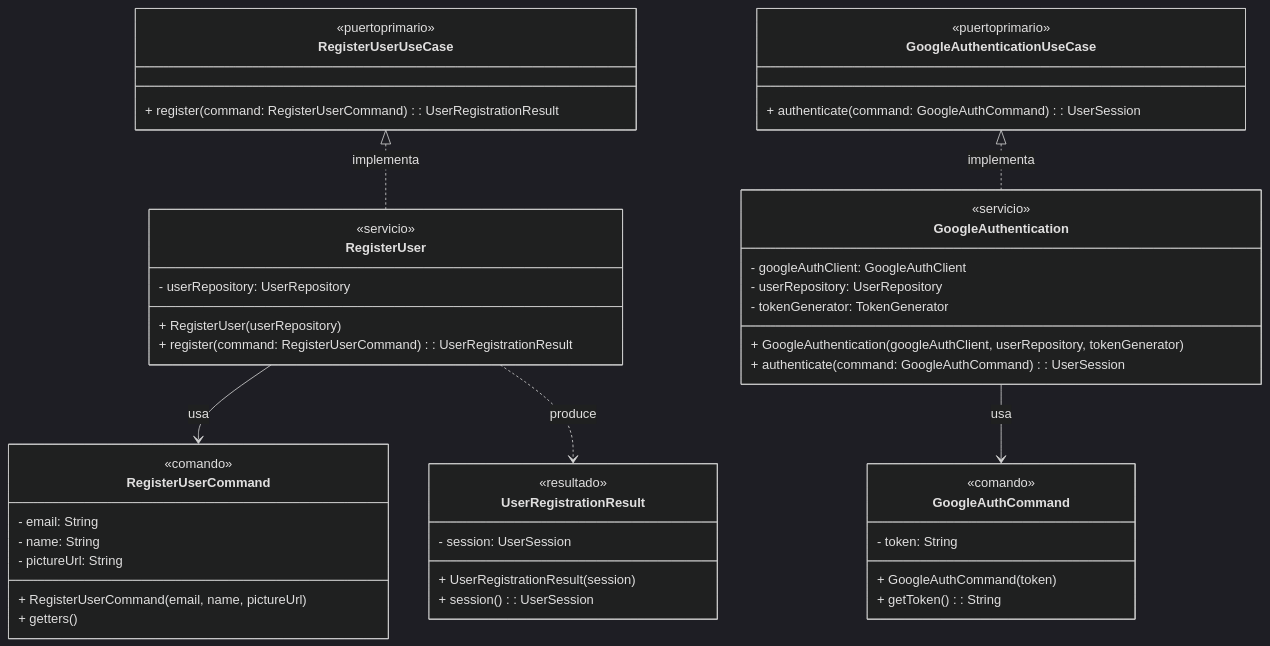
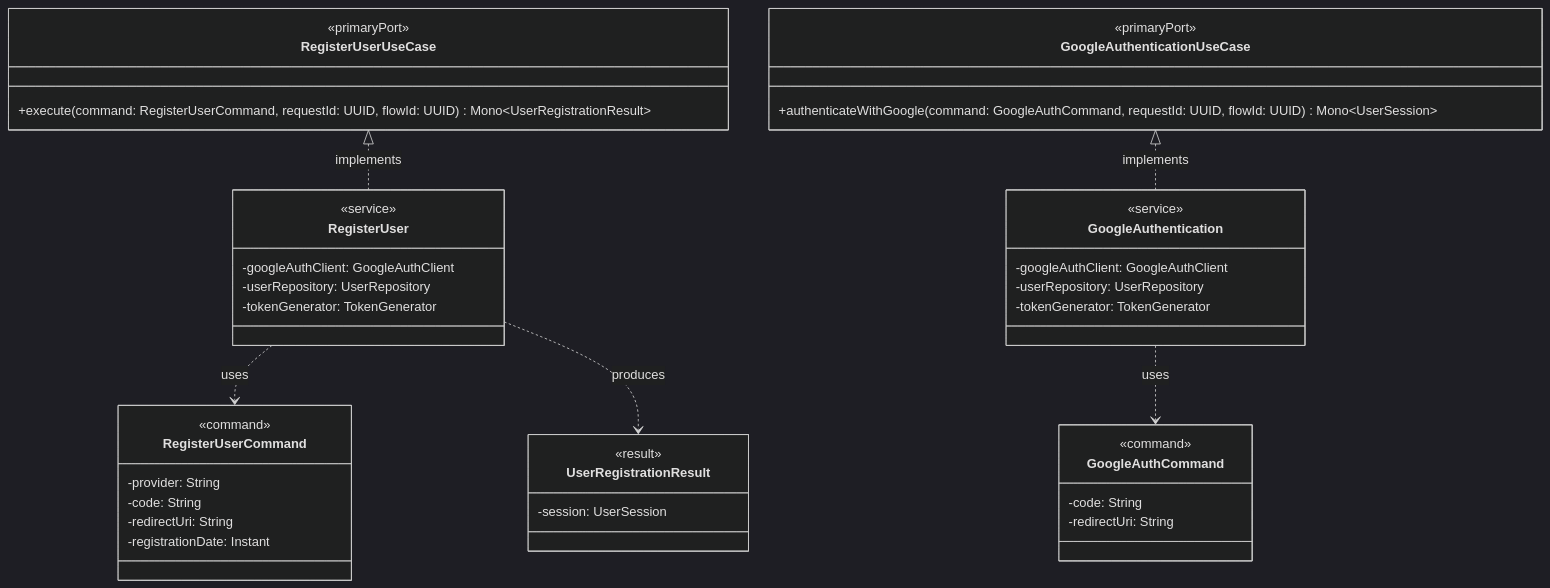
One commit to karepanda/myvanitys-api changed the diagram in doc/classDiagramAuth/ClassDiagramUmlAuthApplication.mermaid. Above: the diagram before and after it, drawn with Mermaid (dark theme). The commit also changed 21 other files, not shown here.

Commit message:
Remove `CommandToProductMapper` and related test; delete unused `FindProductUseCase` port; update documentation with new sequence diagrams and contributor guides.

```diff
--- a/doc/classDiagramAuth/ClassDiagramUmlAuthApplication.mermaid
+++ b/doc/classDiagramAuth/ClassDiagramUmlAuthApplication.mermaid
@@ -1,62 +1,56 @@
 classDiagram
-    %% Puertos Primarios (Interfaces de entrada)
+    %% Primary ports and application services for the auth context.
+    %% NAMING NOTE: auth keeps use cases in application.service and commands in
+    %% application.port.primary.command; product uses application.usecase + application.command.
+
     class RegisterUserUseCase {
-        <<puertoprimario>>
-        + register(command: RegisterUserCommand): UserRegistrationResult
-    }
-    
-    class GoogleAuthenticationUseCase {
-        <<puertoprimario>>
-        + authenticate(command: GoogleAuthCommand): UserSession
-    }
-    
-    %% Comandos (Objetos de transferencia de datos para casos de uso)
-    class RegisterUserCommand {
-        <<comando>>
-        - email: String
-        - name: String
-        - pictureUrl: String
-        + RegisterUserCommand(email, name, pictureUrl)
-        + getters()
-    }
-    
-    class GoogleAuthCommand {
-        <<comando>>
-        - token: String
-        + GoogleAuthCommand(token)
-        + getToken(): String
-    }
-    
-    %% Resultados de operaciones
-    class UserRegistrationResult {
-        <<resultado>>
-        - session: UserSession
-        + UserRegistrationResult(session)
-        + session(): UserSession
-    }
-    
-    %% Servicios (Implementaciones de los puertos primarios)
-    class GoogleAuthentication {
-        <<servicio>>
-        - googleAuthClient: GoogleAuthClient
-        - userRepository: UserRepository
-        - tokenGenerator: TokenGenerator
-        + GoogleAuthentication(googleAuthClient, userRepository, tokenGenerator)
-        + authenticate(command: GoogleAuthCommand): UserSession
-    }
-    
-    class RegisterUser {
-        <<servicio>>
-        - userRepository: UserRepository
-        + RegisterUser(userRepository)
-        + register(command: RegisterUserCommand): UserRegistrationResult
+        <<primaryPort>>
+        +execute(command: RegisterUserCommand, requestId: UUID, flowId: UUID) Mono~UserRegistrationResult~
     }
 
-    %% Relaciones entre clases
-    RegisterUserUseCase <|.. RegisterUser : implementa
-    GoogleAuthenticationUseCase <|.. GoogleAuthentication : implementa
-    
-    RegisterUser --> RegisterUserCommand : usa
-    GoogleAuthentication --> GoogleAuthCommand : usa
-    
-    RegisterUser ..> UserRegistrationResult : produce
+    class GoogleAuthenticationUseCase {
+        <<primaryPort>>
+        +authenticateWithGoogle(command: GoogleAuthCommand, requestId: UUID, flowId: UUID) Mono~UserSession~
+    }
+
+    class RegisterUserCommand {
+        <<command>>
+        -provider: String
+        -code: String
+        -redirectUri: String
+        -registrationDate: Instant
+    }
+
+    class GoogleAuthCommand {
+        <<command>>
+        -code: String
+        -redirectUri: String
+    }
+
+    class UserRegistrationResult {
+        <<result>>
+        -session: UserSession
+    }
+
+    class RegisterUser {
+        <<service>>
+        -googleAuthClient: GoogleAuthClient
+        -userRepository: UserRepository
+        -tokenGenerator: TokenGenerator
+    }
+
+    class GoogleAuthentication {
+        <<service>>
+        -googleAuthClient: GoogleAuthClient
+        -userRepository: UserRepository
+        -tokenGenerator: TokenGenerator
+    }
+
+    RegisterUserUseCase <|.. RegisterUser : implements
+    GoogleAuthenticationUseCase <|.. GoogleAuthentication : implements
+
+    RegisterUser ..> RegisterUserCommand : uses
+    RegisterUser ..> UserRegistrationResult : produces
+    GoogleAuthentication ..> GoogleAuthCommand : uses
+
+    %% UserRepository lives in auth.infrastructure.adapter.secondary.port (not domain.port.secondary).
```
